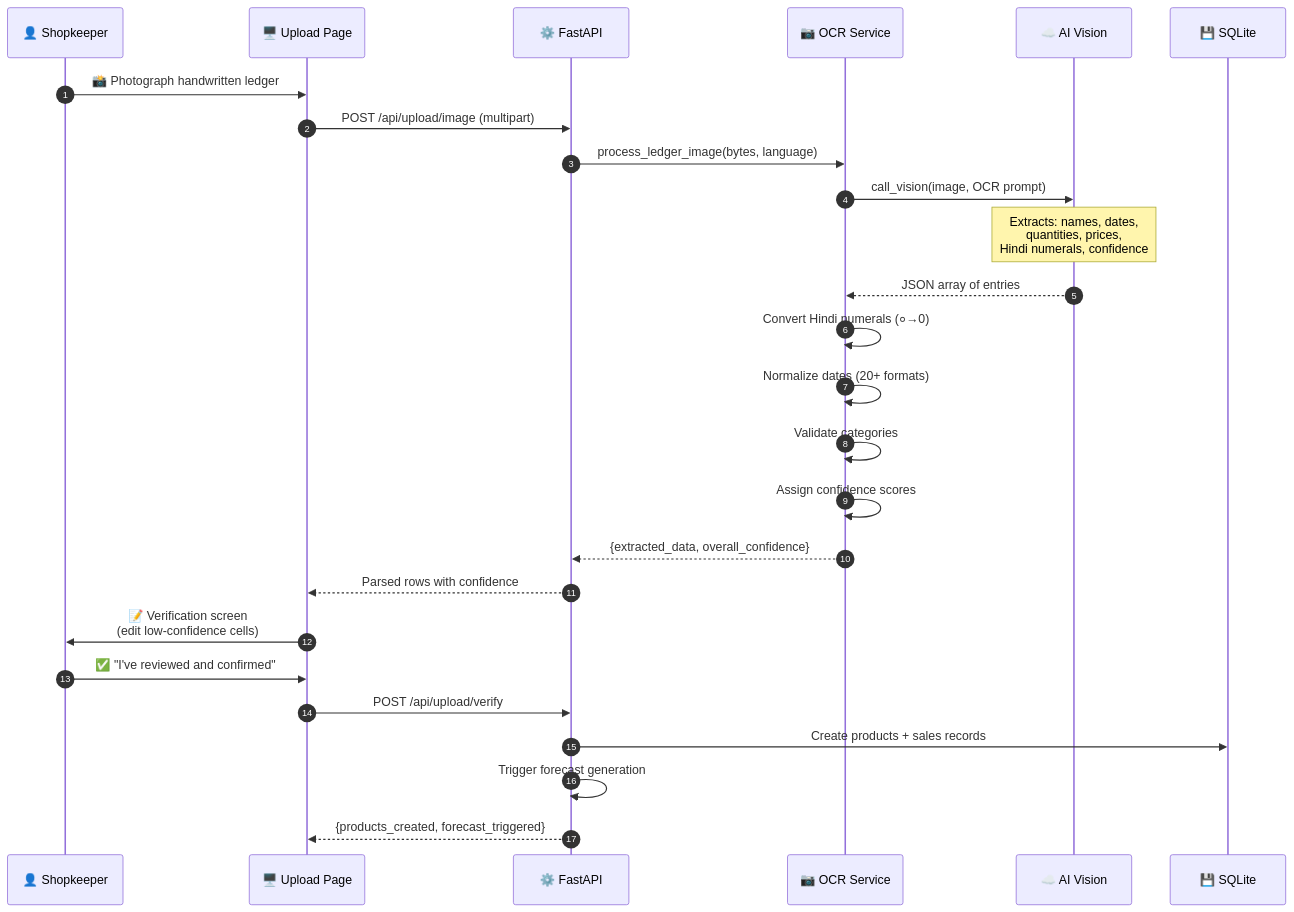
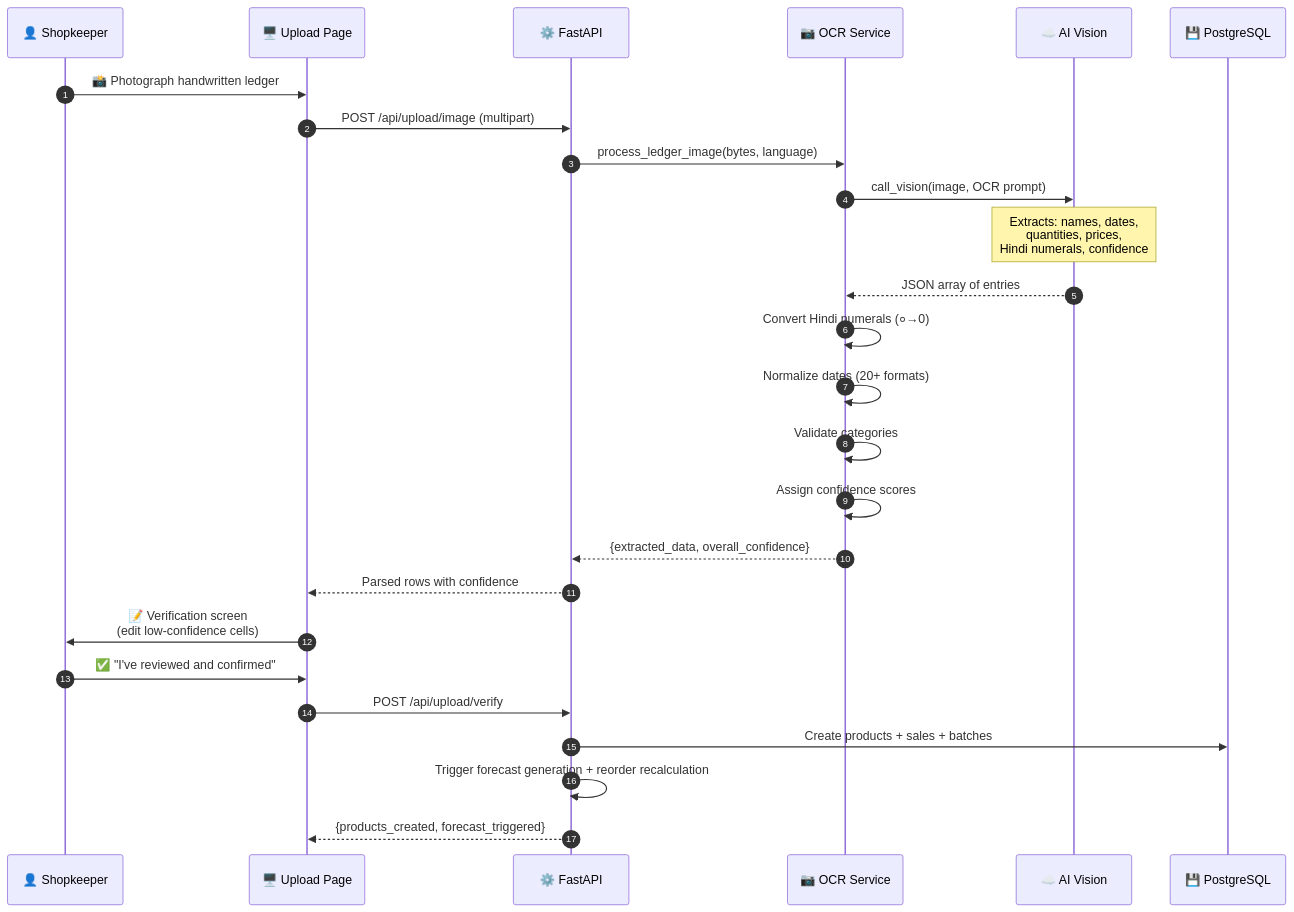
Before and after one commit to Arnav1709/natwest-cfp: the fourth of 4 diagrams in README.md, drawn with Mermaid. The commit also changed other lines of this file, not shown here.

````diff
--- a/README.md
+++ b/README.md
@@ -666,35 +818,35 @@
 ```mermaid
 sequenceDiagram
     autonumber
     participant U as 👤 Shopkeeper
     participant FE as 🖥️ Upload Page
     participant API as ⚙️ FastAPI
     participant OCR as 📷 OCR Service
     participant AI as ☁️ AI Vision
-    participant DB as 💾 SQLite
+    participant DB as 💾 PostgreSQL
 
     U->>FE: 📸 Photograph handwritten ledger
     FE->>API: POST /api/upload/image (multipart)
     API->>OCR: process_ledger_image(bytes, language)
 
     OCR->>AI: call_vision(image, OCR prompt)
     Note over AI: Extracts: names, dates,<br/>quantities, prices,<br/>Hindi numerals, confidence
 
     AI-->>OCR: JSON array of entries
 
     OCR->>OCR: Convert Hindi numerals (०→0)
     OCR->>OCR: Normalize dates (20+ formats)
     OCR->>OCR: Validate categories
     OCR->>OCR: Assign confidence scores
 
     OCR-->>API: {extracted_data, overall_confidence}
     API-->>FE: Parsed rows with confidence
 
     FE->>U: 📝 Verification screen<br/>(edit low-confidence cells)
 
     U->>FE: ✅ "I've reviewed and confirmed"
     FE->>API: POST /api/upload/verify
-    API->>DB: Create products + sales records
-    API->>API: Trigger forecast generation
+    API->>DB: Create products + sales + batches
+    API->>API: Trigger forecast generation + reorder recalculation
     API-->>FE: {products_created, forecast_triggered}
 ```
````
